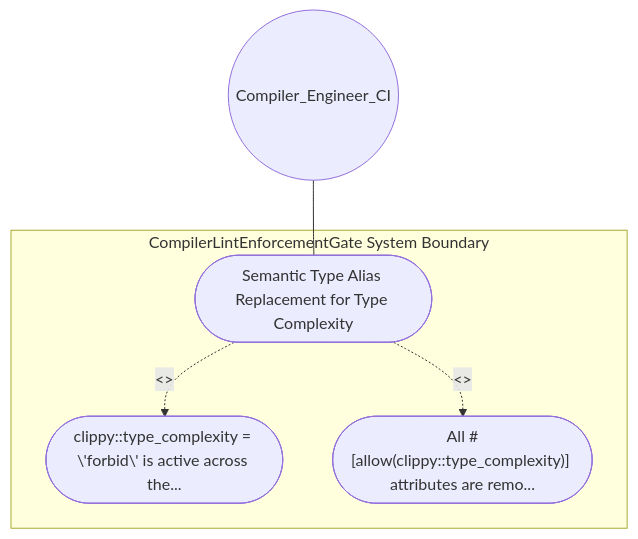
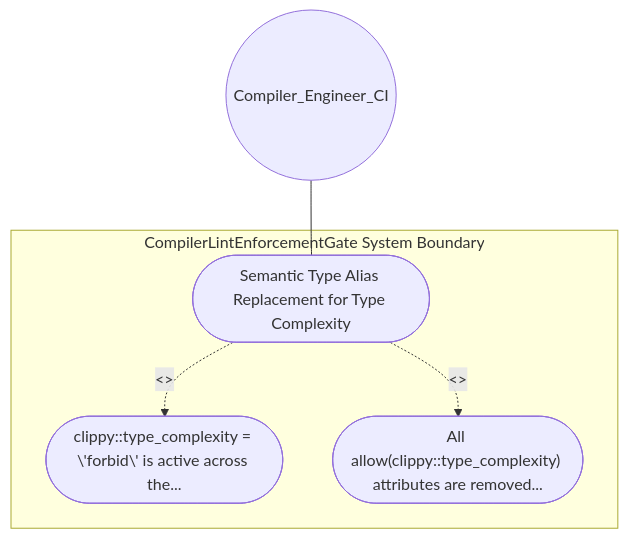
Before and after one commit to gintatkinson/DEAP01-spec-core: the diagram in .pipeline/upstream/docs/use-cases/UC-04-Semantic_Type_Alias_Replacement_for_Type_Complexity.md, drawn with Mermaid. The commit also changed other lines of this file and 196 other files, not shown here.

````diff
--- a/.pipeline/upstream/docs/use-cases/UC-04-Semantic_Type_Alias_Replacement_for_Type_Complexity.md
+++ b/.pipeline/upstream/docs/use-cases/UC-04-Semantic_Type_Alias_Replacement_for_Type_Complexity.md
@@ -16,11 +16,11 @@
 ```mermaid
 graph TD
     subgraph "CompilerLintEnforcementGate System Boundary"
         UC_Main(["Semantic Type Alias Replacement for Type Complexity"])
         UC_Step01(["clippy::type_complexity = \'forbid\' is active across the..."])
-        UC_Step02(["All #[allow(clippy::type_complexity)] attributes are remo..."])
+        UC_Step02(["All allow(clippy::type_complexity) attributes are removed..."])
     end
     Compiler_Engineer_CI(("Compiler_Engineer_CI")) --- UC_Main
     UC_Main -. "<<include>>" .-> UC_Step01
     UC_Main -. "<<include>>" .-> UC_Step02
 ```
````
